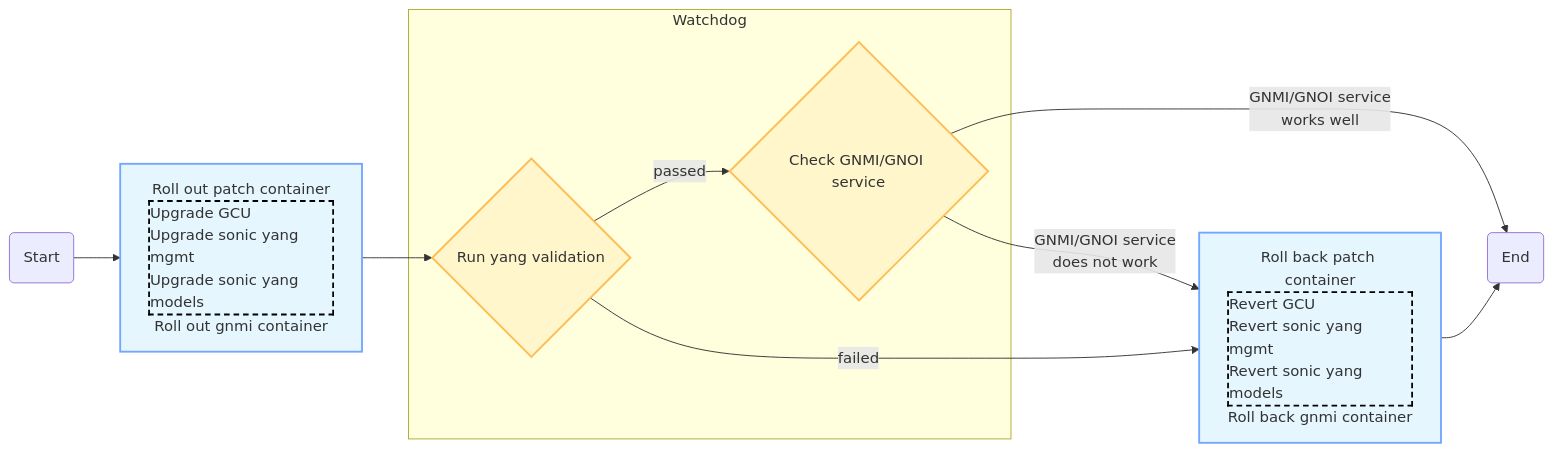
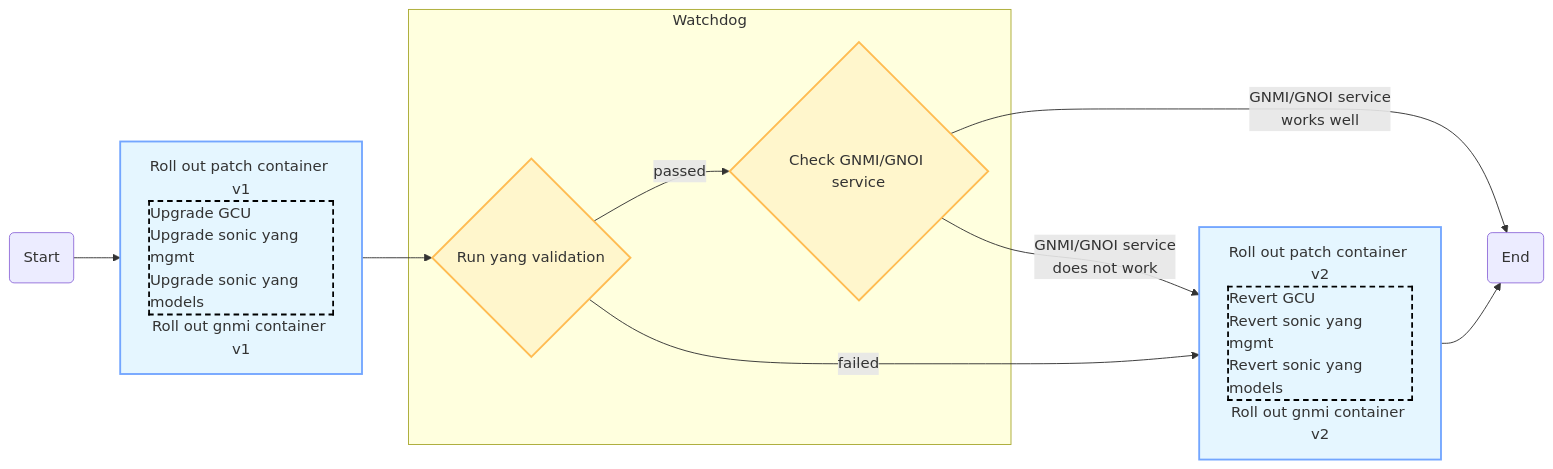
The diagram in upgrade_flowchart.md (ganglyu/mermaid), drawn with Mermaid before and after one commit.

````diff
--- a/upgrade_flowchart.md
+++ b/upgrade_flowchart.md
@@ -1,18 +1,18 @@
 ```mermaid
 graph LR
     classDef process fill:#E5F6FF,stroke:#73A6FF,stroke-width:2px;
     classDef decision fill:#FFF6CC,stroke:#FFBC52,stroke-width:2px;
-    RolloutGeneric[Roll out patch container<br><div style="margin-left:0px;border:2px dashed black;padding:0px;text-align:left;">Upgrade GCU<br>Upgrade sonic yang mgmt<br>Upgrade sonic yang models</div>Roll out gnmi container]
-    RollbackGeneric[Roll back patch container<br><div style="margin-left:0px;border:2px dashed black;padding:0px;text-align:left;">Revert GCU<br>Revert sonic yang mgmt<br>Revert sonic yang models</div>Roll back gnmi container]
+    RolloutGeneric[Roll out patch container v1<br><div style="margin-left:0px;border:2px dashed black;padding:0px;text-align:left;">Upgrade GCU<br>Upgrade sonic yang mgmt<br>Upgrade sonic yang models</div>Roll out gnmi container v1]
+    RollbackGeneric[Roll out patch container v2<br><div style="margin-left:0px;border:2px dashed black;padding:0px;text-align:left;">Revert GCU<br>Revert sonic yang mgmt<br>Revert sonic yang models</div>Roll out gnmi container v2]
     subgraph Watchdog
         WatchdogGCU{Run yang validation}
         WatchdogGNMI{Check GNMI/GNOI service}
     end
     Start(Start) --> RolloutGeneric:::process
     RolloutGeneric --> WatchdogGCU:::decision
     WatchdogGCU --> |passed|WatchdogGNMI:::decision
     WatchdogGCU --> |failed|RollbackGeneric:::process
     WatchdogGNMI --> |GNMI/GNOI service<br>works well|End(End)
     WatchdogGNMI --> |GNMI/GNOI service<br>does not work|RollbackGeneric:::process
     RollbackGeneric --> End
 ```
````
